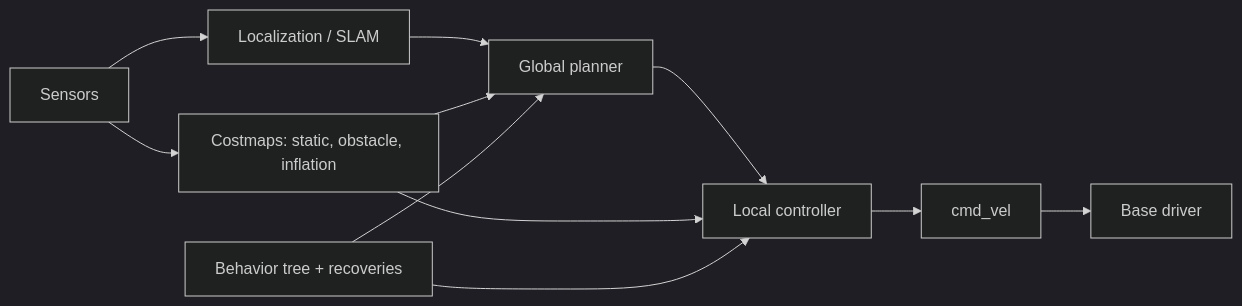
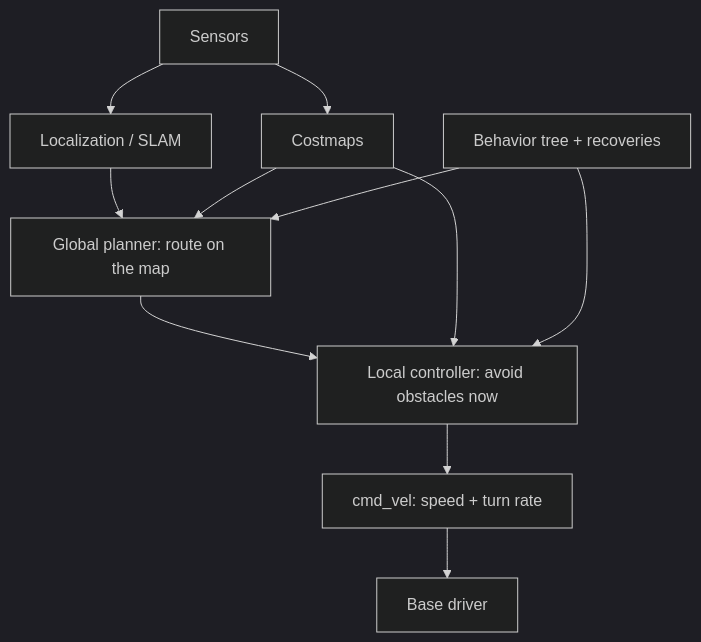
The diagram in docs/11-mobility-dexterity/mobile-navigation.md (yeshwanthguru/Robotics_bible), drawn with Mermaid (dark theme) before and after one commit. The commit also changed other lines of this file and 120 other files, not shown here.

First line of the commit message:
Rewrite all chapters plain-English first, add 60+ diagrams

````diff
--- a/docs/11-mobility-dexterity/mobile-navigation.md
+++ b/docs/11-mobility-dexterity/mobile-navigation.md
@@ -21,10 +28,10 @@
 ```mermaid
-flowchart LR
+flowchart TD
   S[Sensors] --> LOC[Localization / SLAM]
-  S --> COST[Costmaps: static, obstacle, inflation]
-  LOC --> GP[Global planner]
-  COST --> GP --> LP[Local controller]
-  COST --> LP --> CMD[cmd_vel] --> DRV[Base driver]
+  S --> COST[Costmaps]
+  LOC --> GP[Global planner: route on the map]
+  COST --> GP --> LP[Local controller: avoid obstacles now]
+  COST --> LP --> CMD[cmd_vel: speed + turn rate] --> DRV[Base driver]
   BT[Behavior tree + recoveries] --> GP
   BT --> LP
 ```
````
